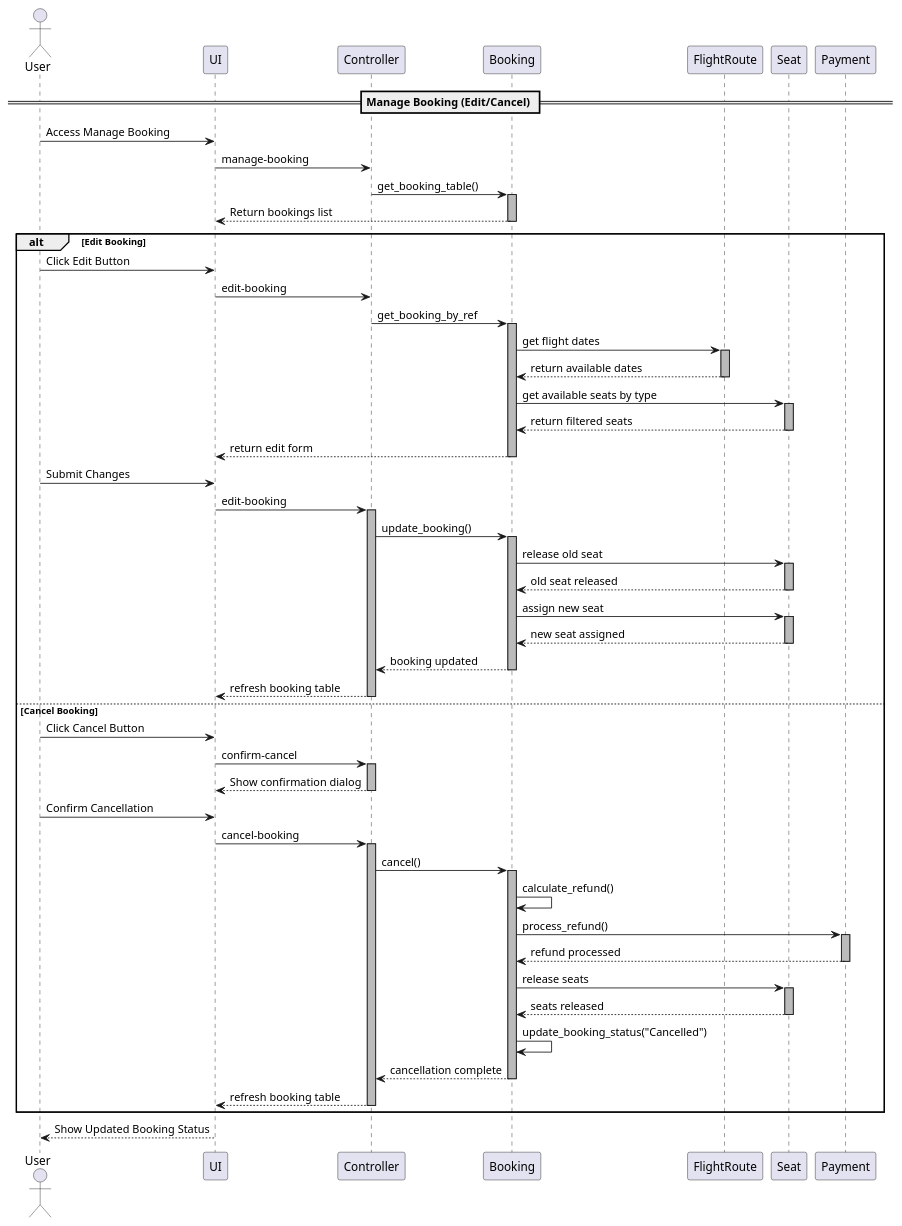
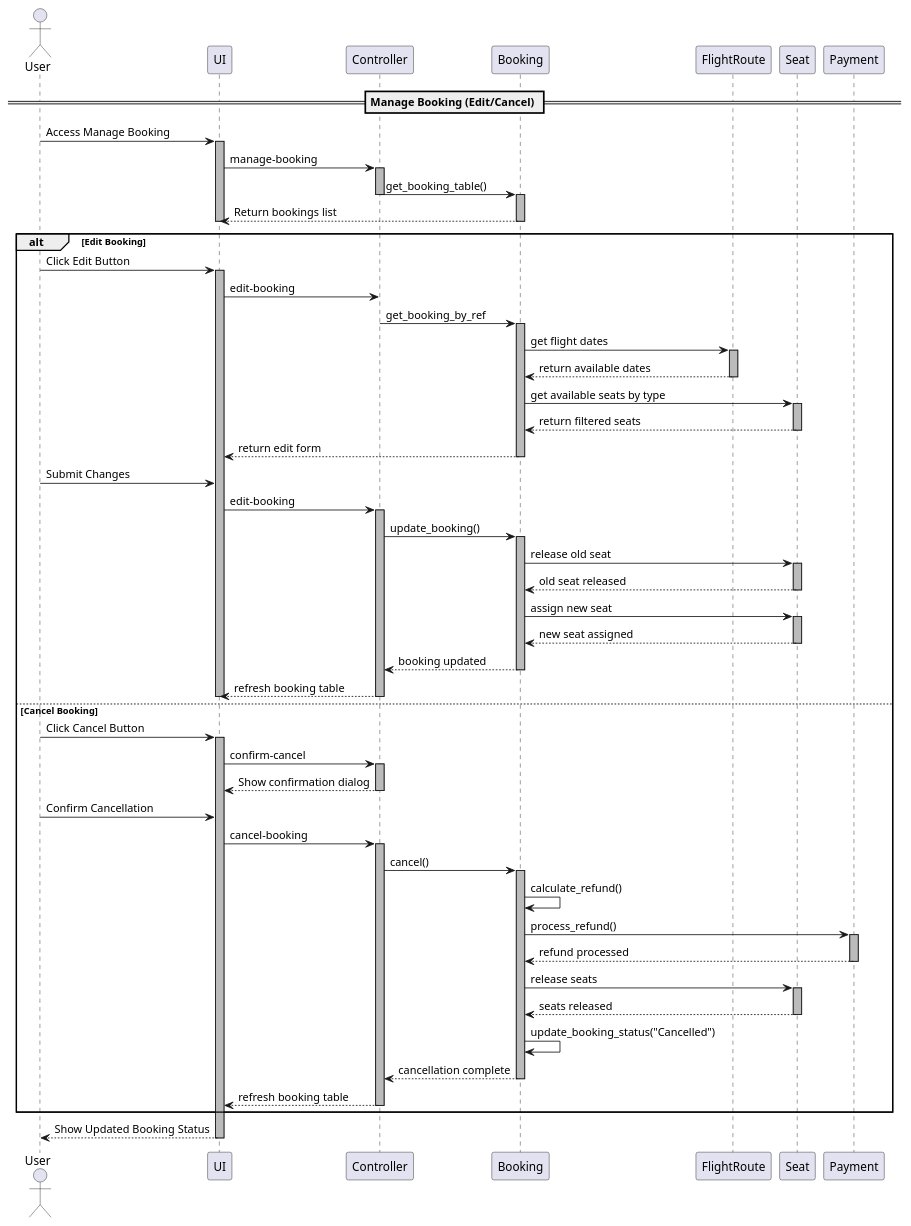
One commit to Nonnnchun/OOP_project changed the diagram in sequenceDiagram/sequenceManagebooking.plantuml. Above: the diagram before and after it, drawn with PlantUML. The commit also changed 16 other files, not shown here.

```diff
--- a/sequenceDiagram/sequenceManagebooking.plantuml
+++ b/sequenceDiagram/sequenceManagebooking.plantuml
@@ -1,84 +1,91 @@
 @startuml Manage Booking Flow
 
 actor "User" as user
 participant "UI" as frontend
 participant "Controller" as controller
 participant "Booking" as booking
 participant "FlightRoute" as flight
 participant "Seat" as seat
 participant "Payment" as payment
 
 == Manage Booking (Edit/Cancel) ==
 
 user -> frontend: Access Manage Booking
+activate frontend#BBBBBB
 frontend -> controller: manage-booking
+activate controller #BBBBBB
 controller -> booking: get_booking_table()
+deactivate controller
 activate booking #BBBBBB
 booking --> frontend: Return bookings list
+deactivate frontend
 deactivate booking
 
 alt Edit Booking
     user -> frontend: Click Edit Button
+    activate frontend #BBBBBB
     frontend -> controller: edit-booking
     controller -> booking: get_booking_by_ref
     activate booking #BBBBBB
     booking -> flight: get flight dates
     activate flight #BBBBBB
     flight --> booking: return available dates
     deactivate flight
     booking -> seat: get available seats by type
     activate seat #BBBBBB
     seat --> booking: return filtered seats 
     deactivate seat 
     booking --> frontend: return edit form
     deactivate booking
 
     user -> frontend: Submit Changes
     frontend -> controller: edit-booking
     activate controller #BBBBBB
     controller -> booking: update_booking()
     activate booking #BBBBBB
     booking -> seat: release old seat
     activate seat #BBBBBB
     seat --> booking: old seat released
     deactivate seat
     booking -> seat: assign new seat
     activate seat #BBBBBB
     seat --> booking: new seat assigned
     deactivate seat
     booking --> controller: booking updated
     deactivate booking
     controller --> frontend: refresh booking table
     deactivate controller
-
+    deactivate frontend
 else Cancel Booking
     user -> frontend: Click Cancel Button
+    activate frontend #BBBBBB
     frontend -> controller: confirm-cancel
     activate controller #BBBBBB
     controller --> frontend: Show confirmation dialog
     deactivate controller
     user -> frontend: Confirm Cancellation
     frontend -> controller: cancel-booking
     activate controller #BBBBBB
     controller -> booking: cancel()
     activate booking #BBBBBB
     booking -> booking: calculate_refund()
     booking -> payment: process_refund()
     activate payment #BBBBBB
     payment --> booking: refund processed
     deactivate payment
     booking -> seat: release seats
     activate seat #BBBBBB
     seat --> booking: seats released
     deactivate seat
     booking -> booking: update_booking_status("Cancelled")
     booking --> controller: cancellation complete
     deactivate booking
     controller --> frontend: refresh booking table
     deactivate controller
-
+    
 end
-
+    
 frontend --> user: Show Updated Booking Status
+deactivate frontend
 
 @enduml
```
